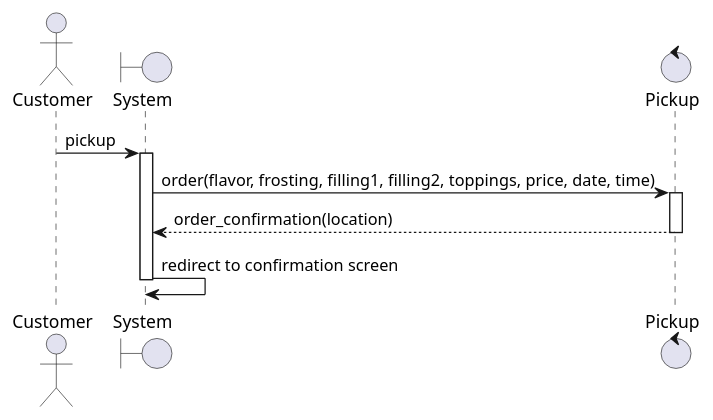
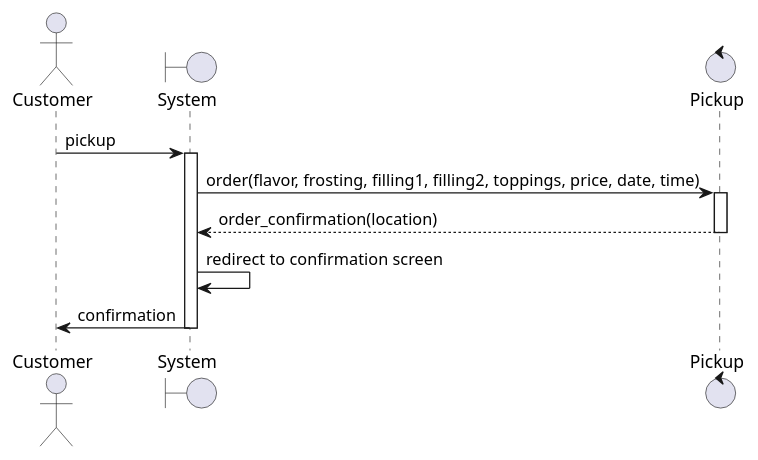
One commit to mnguye49/finalProject changed the diagram in diagrams/sequences/pickup.puml. Above: the diagram before and after it, drawn with PlantUML.

```diff
--- a/diagrams/sequences/pickup.puml
+++ b/diagrams/sequences/pickup.puml
@@ -1,13 +1,14 @@
 @startuml pickup
 actor Customer
 boundary "System" as system
 control "Pickup" as pick
 Customer -> system: pickup 
 activate system
 system -> pick: order(flavor, frosting, filling1, filling2, toppings, price, date, time)
 activate pick
 pick --> system: order_confirmation(location)
 deactivate pick
 system -> system: redirect to confirmation screen
+system -> Customer: confirmation
 deactivate system
 @enduml
```
